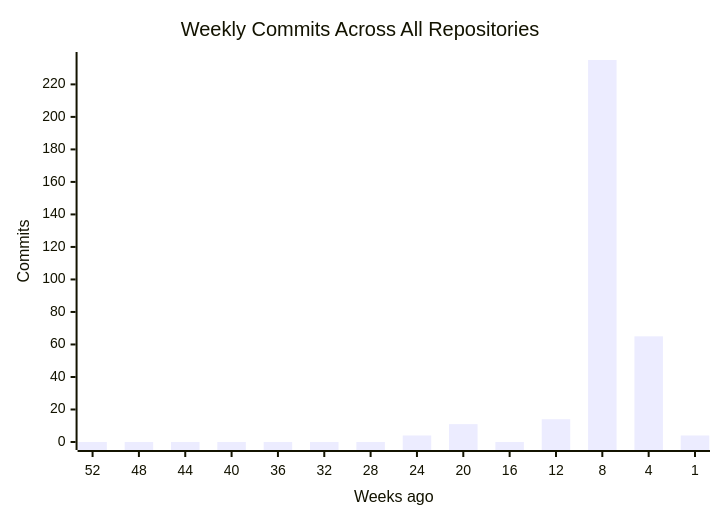
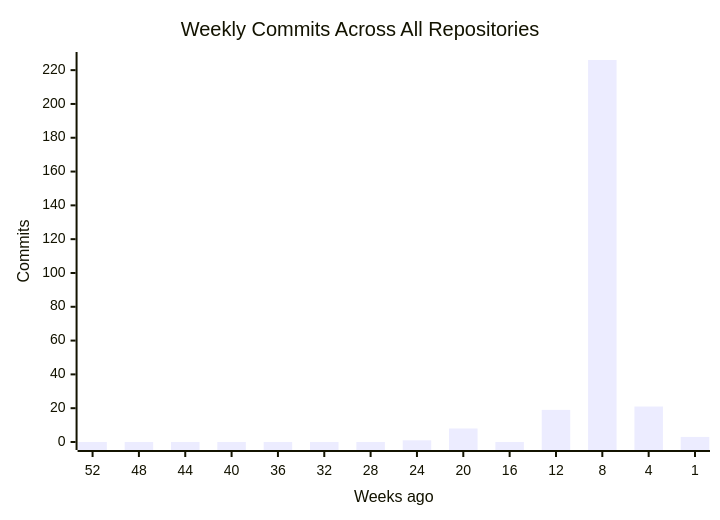
Before and after one commit to CSTH-Projects/.github: the first of 4 diagrams in profile/README.md, drawn with Mermaid. The commit also changed other lines of this file, not shown here.

````diff
--- a/profile/README.md
+++ b/profile/README.md
@@ -16,7 +16,7 @@
 ```mermaid
 xychart-beta
     title "Weekly Commits Across All Repositories"
     x-axis "Weeks ago" [52, 48, 44, 40, 36, 32, 28, 24, 20, 16, 12, 8, 4, 1]
     y-axis "Commits"
-    bar [0, 0, 0, 0, 0, 0, 0, 4, 11, 0, 14, 235, 65, 4]
+    bar [0, 0, 0, 0, 0, 0, 0, 1, 8, 0, 19, 226, 21, 3]
 ```
````
